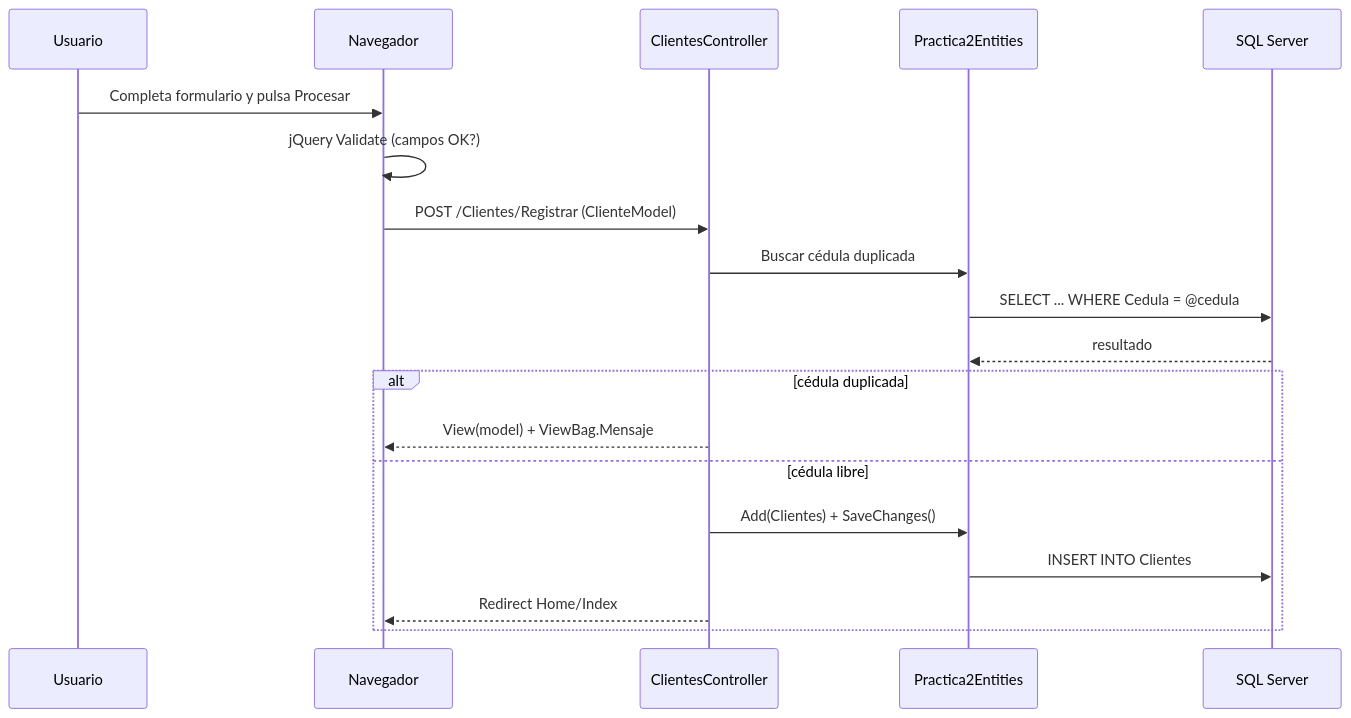
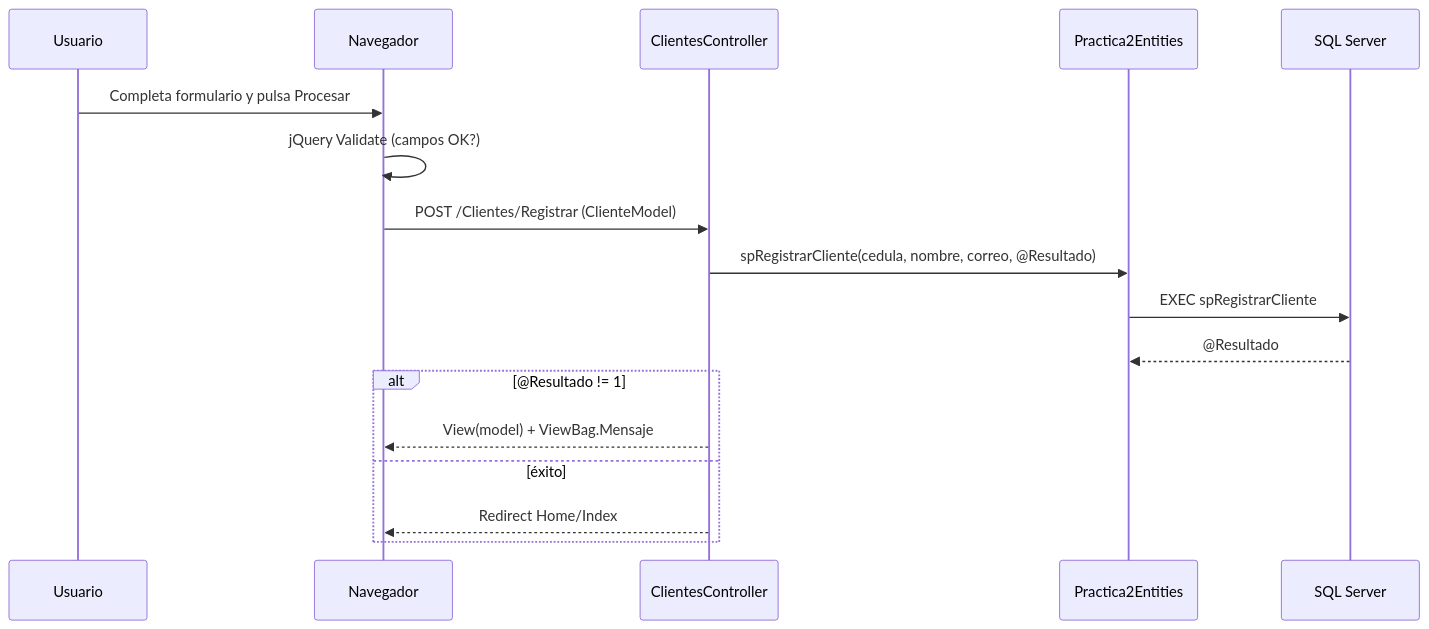
One commit to msa27/Practica-2 changed the diagram in APRENDIZAJE.md. Above: the diagram before and after it, drawn with Mermaid. The commit also changed other lines of this file and 2 other files, not shown here.

````diff
--- a/APRENDIZAJE.md
+++ b/APRENDIZAJE.md
@@ -336,22 +303,20 @@
 ```mermaid
 sequenceDiagram
     participant U as Usuario
     participant B as Navegador
     participant C as ClientesController
     participant EF as Practica2Entities
     participant DB as SQL Server
 
     U->>B: Completa formulario y pulsa Procesar
     B->>B: jQuery Validate (campos OK?)
     B->>C: POST /Clientes/Registrar (ClienteModel)
-    C->>EF: Buscar cédula duplicada
-    EF->>DB: SELECT ... WHERE Cedula = @cedula
-    DB-->>EF: resultado
-    alt cédula duplicada
+    C->>EF: spRegistrarCliente(cedula, nombre, correo, @Resultado)
+    EF->>DB: EXEC spRegistrarCliente
+    DB-->>EF: @Resultado
+    alt @Resultado != 1
         C-->>B: View(model) + ViewBag.Mensaje
-    else cédula libre
-        C->>EF: Add(Clientes) + SaveChanges()
-        EF->>DB: INSERT INTO Clientes
+    else éxito
         C-->>B: Redirect Home/Index
     end
 ```
````
